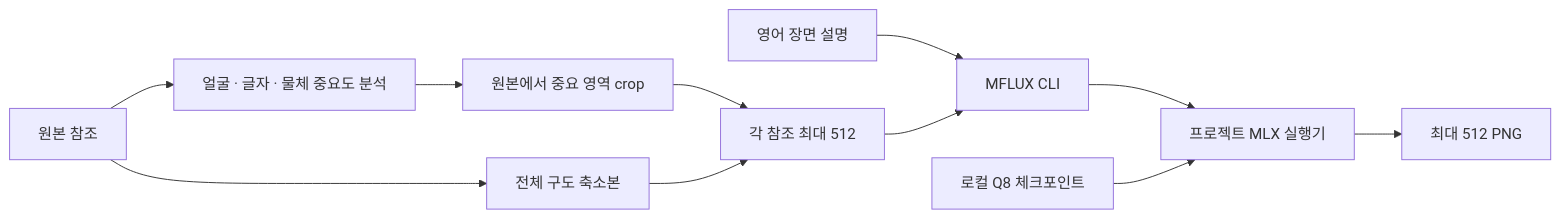
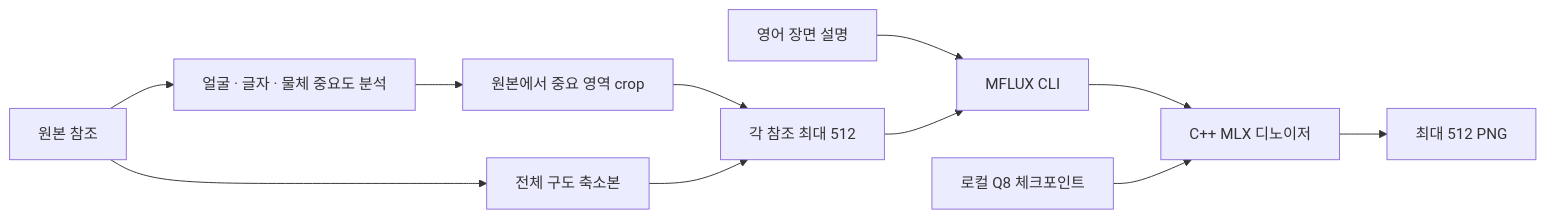
Before and after one commit to corip-sm/Imagen: the diagram in docs/architecture.md, drawn with Mermaid. The commit also changed other lines of this file and 21 other files, not shown here.

````diff
--- a/docs/architecture.md
+++ b/docs/architecture.md
@@ -5,13 +5,13 @@
 ```mermaid
 flowchart LR
     A[원본 참조] --> B[얼굴 · 글자 · 물체 중요도 분석]
     A --> C[전체 구도 축소본]
     B --> D[원본에서 중요 영역 crop]
     D --> E[각 참조 최대 512]
     C --> E
     P[영어 장면 설명] --> F[MFLUX CLI]
     E --> F
-    F --> G[프로젝트 MLX 실행기]
+    F --> G[C++ MLX 디노이저]
     Q[로컬 Q8 체크포인트] --> G
     G --> H[최대 512 PNG]
 ```
````
